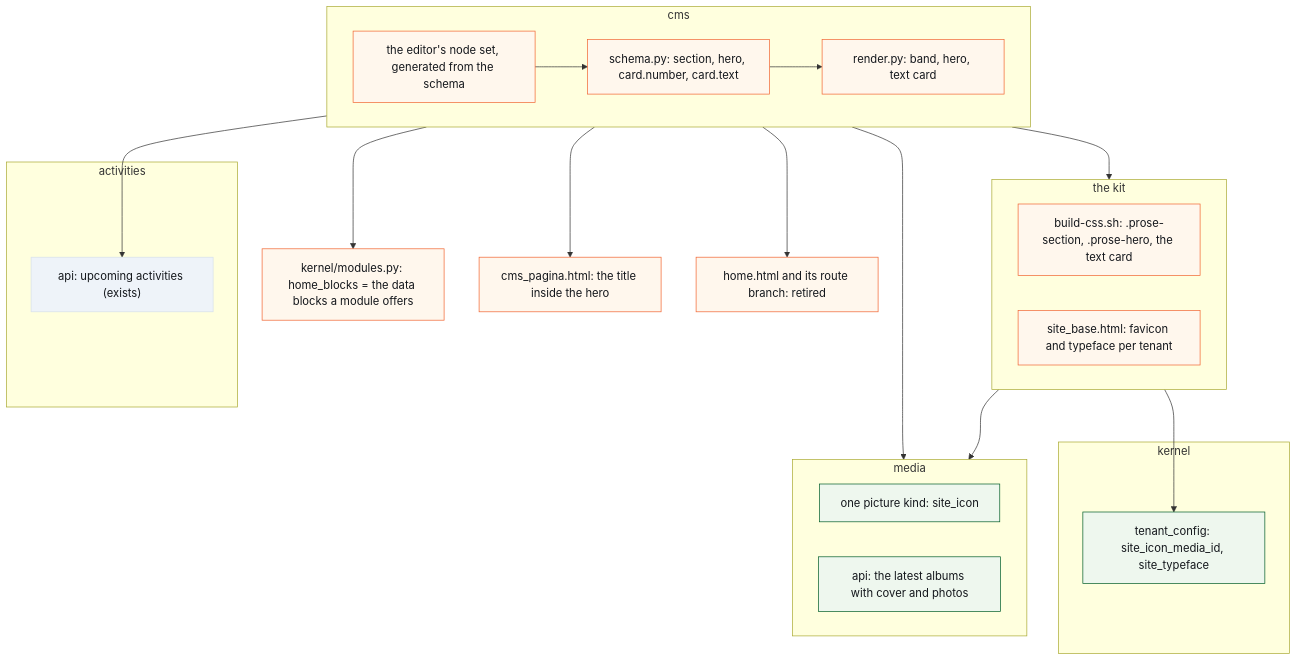
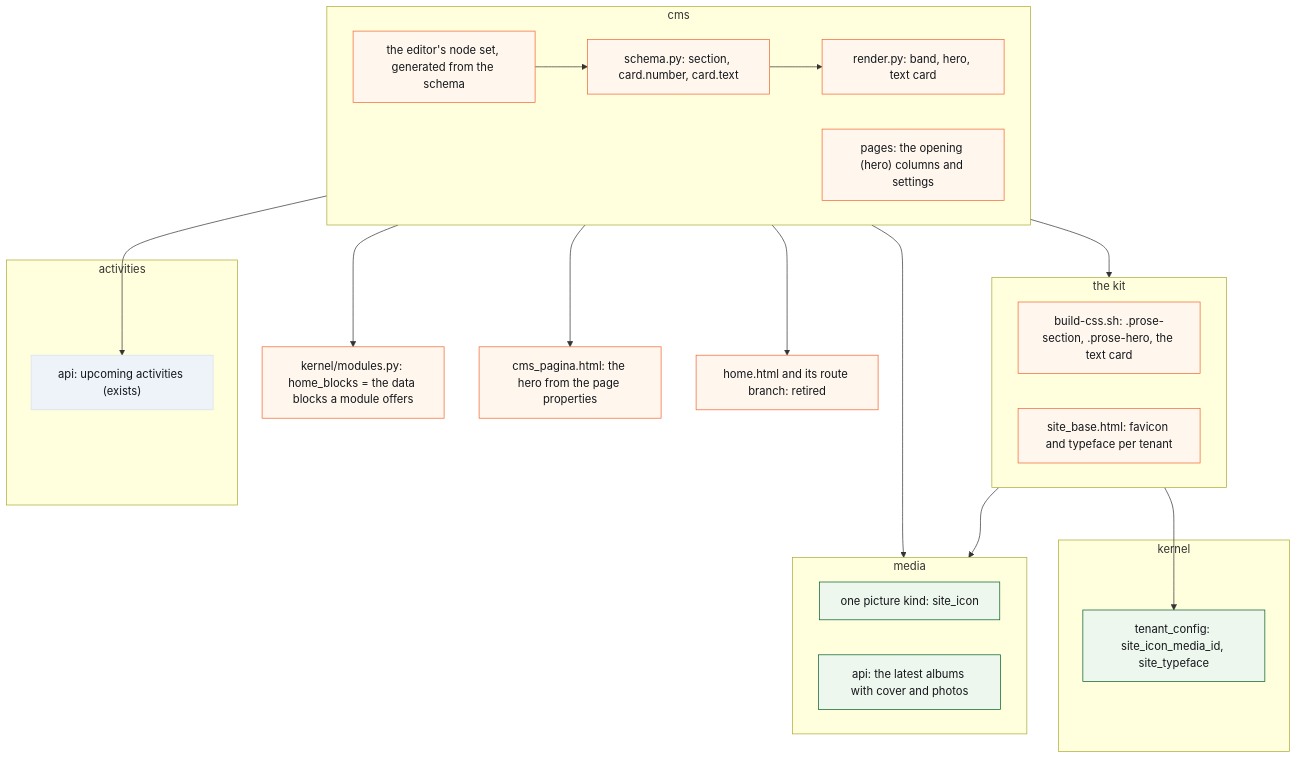
Before and after one commit to KoenRenders/KoenTest: the third of 3 diagrams in docs/change_request_32_sections_cards_and_own_look.md, drawn with Mermaid. The commit also changed other lines of this file, not shown here.

First line of the commit message:
docs(cr-32): the hero is a property of the page, the bands run edge to edge (Koen, 15 October 2026); the section's root rule, the opening columns

````diff
--- a/docs/change_request_32_sections_cards_and_own_look.md
+++ b/docs/change_request_32_sections_cards_and_own_look.md
@@ -201,42 +201,43 @@
 ```mermaid
 flowchart TB
   subgraph CMS["cms"]
     direction LR
-    SCH["schema.py: section, hero, card.number, card.text"]
+    SCH["schema.py: section, card.number, card.text"]
+    PG["pages: the opening (hero) columns and settings"]
     REN["render.py: band, hero, text card"]
     ED["the editor's node set, generated from the schema"]
   end
   subgraph KIT["the kit"]
     direction LR
     CSS["build-css.sh: .prose-section, .prose-hero, the text card"]
     SHELL["site_base.html: favicon and typeface per tenant"]
   end
   subgraph KERNEL["kernel"]
     TC["tenant_config: site_icon_media_id, site_typeface"]
   end
   subgraph MEDIA["media"]
     direction LR
     KIND["one picture kind: site_icon"]
     ALB["api: the latest albums with cover and photos"]
   end
   subgraph ACT["activities"]
     ACTAPI["api: upcoming activities (exists)"]
   end
   REG["kernel/modules.py: home_blocks = the data blocks a module offers"]
-  TPL["cms_pagina.html: the title inside the hero"]
+  TPL["cms_pagina.html: the hero from the page properties"]
   HOME["home.html and its route branch: retired"]
   ED --> SCH --> REN --> CSS
   SHELL --> TC
   SHELL --> KIND
   REN --> TPL
   REN --> ALB
   REN --> ACTAPI
   ED --> REG
   REN --> HOME
   classDef new fill:#eef7ee,stroke:#005d29,color:#14171c;
   classDef changed fill:#fff7ed,stroke:#f16532,color:#14171c;
   classDef unchanged fill:#eef3f9,stroke:#d7e0ec,color:#14171c;
   class TC,KIND,ALB new
-  class SCH,REN,ED,CSS,SHELL,TPL,REG,HOME changed
+  class SCH,REN,ED,CSS,SHELL,TPL,REG,HOME,PG changed
   class ACTAPI unchanged
 ```
````
